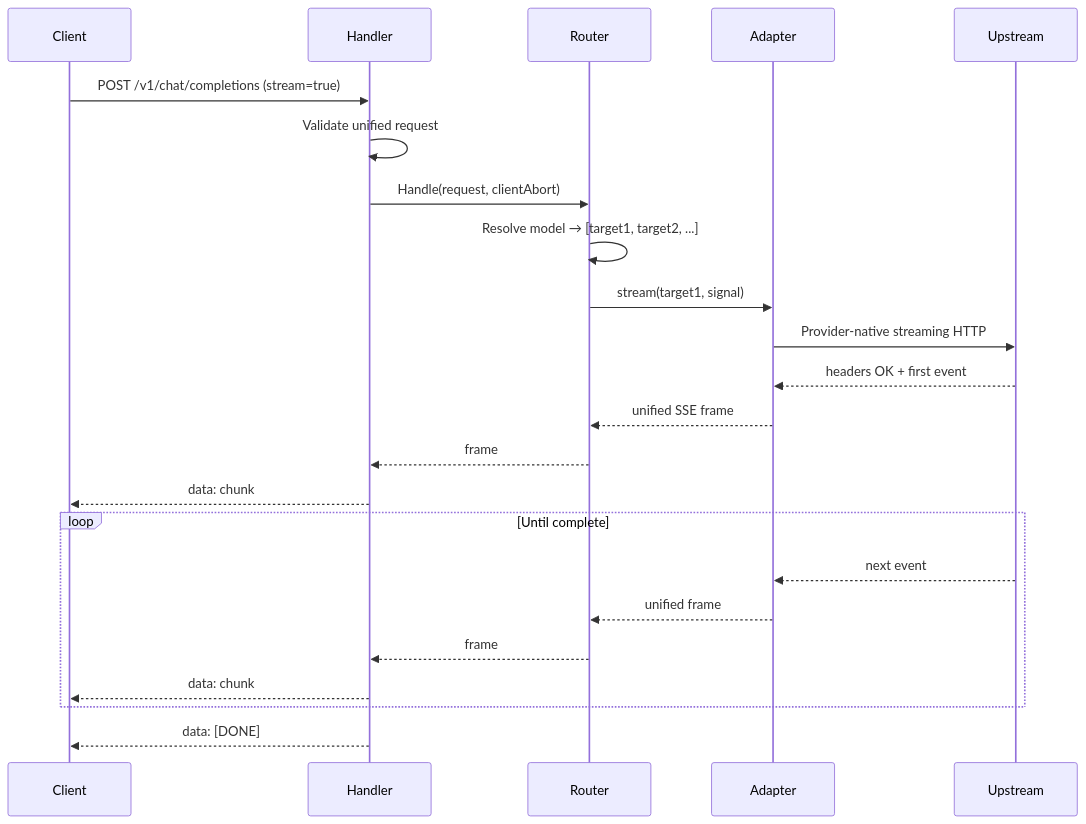
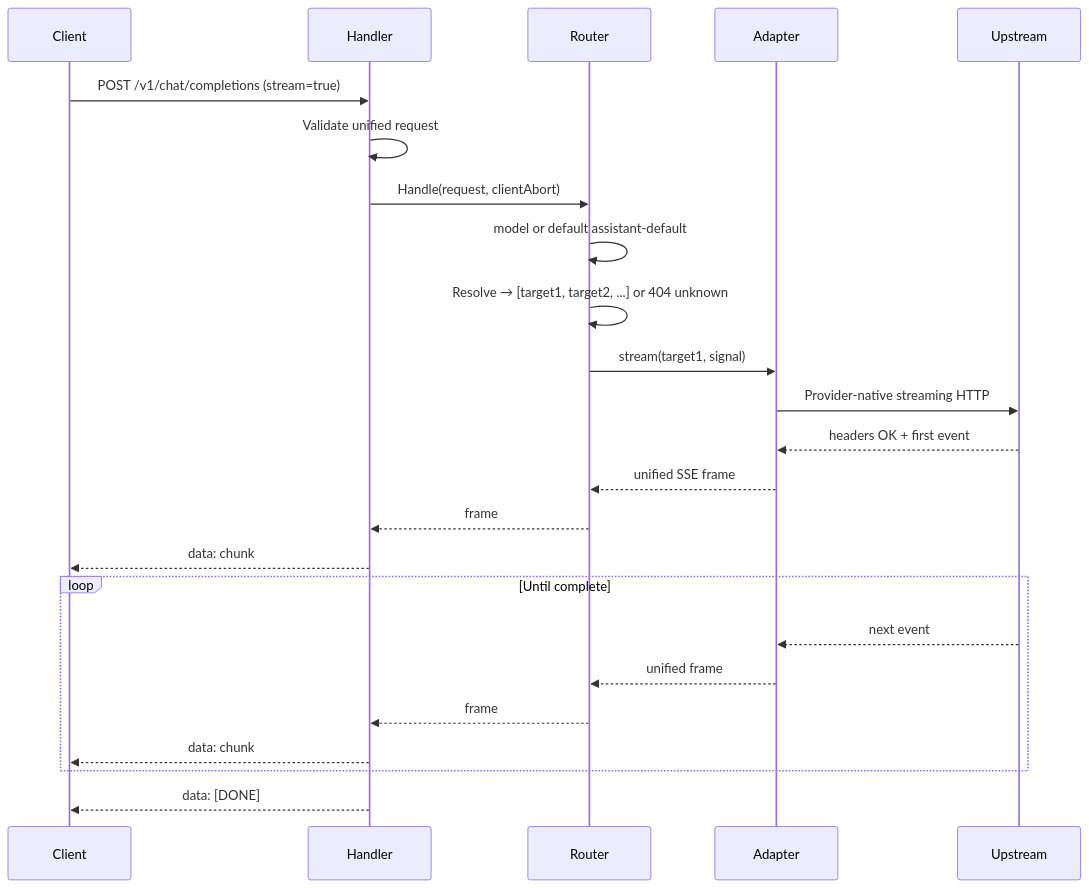
Before and after one commit to MahimDadhich/do-demo: the first of 6 diagrams in docs/architecture/request-flows.md, drawn with Mermaid. The commit also changed 5 other files, not shown here.

First line of the commit message:
Lock optional logical model default and unknown-model 404

````diff
--- a/docs/architecture/request-flows.md
+++ b/docs/architecture/request-flows.md
@@ -19,26 +19,27 @@
 ```mermaid
 sequenceDiagram
   participant C as Client
   participant H as Handler
   participant R as Router
   participant A as Adapter
   participant U as Upstream
 
   C->>H: POST /v1/chat/completions (stream=true)
   H->>H: Validate unified request
   H->>R: Handle(request, clientAbort)
-  R->>R: Resolve model → [target1, target2, ...]
+  R->>R: model or default assistant-default
+  R->>R: Resolve → [target1, target2, ...] or 404 unknown
   R->>A: stream(target1, signal)
   A->>U: Provider-native streaming HTTP
   U-->>A: headers OK + first event
   A-->>R: unified SSE frame
   R-->>H: frame
   H-->>C: data: chunk
   loop Until complete
     U-->>A: next event
     A-->>R: unified frame
     R-->>H: frame
     H-->>C: data: chunk
   end
   H-->>C: data: [DONE]
 ```
````
